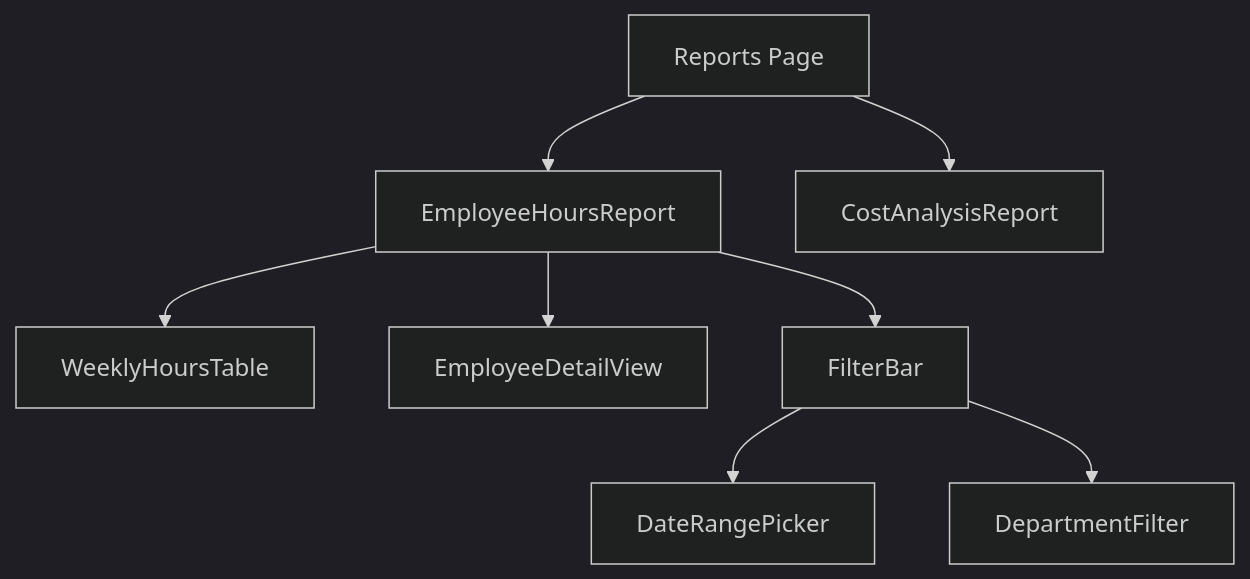
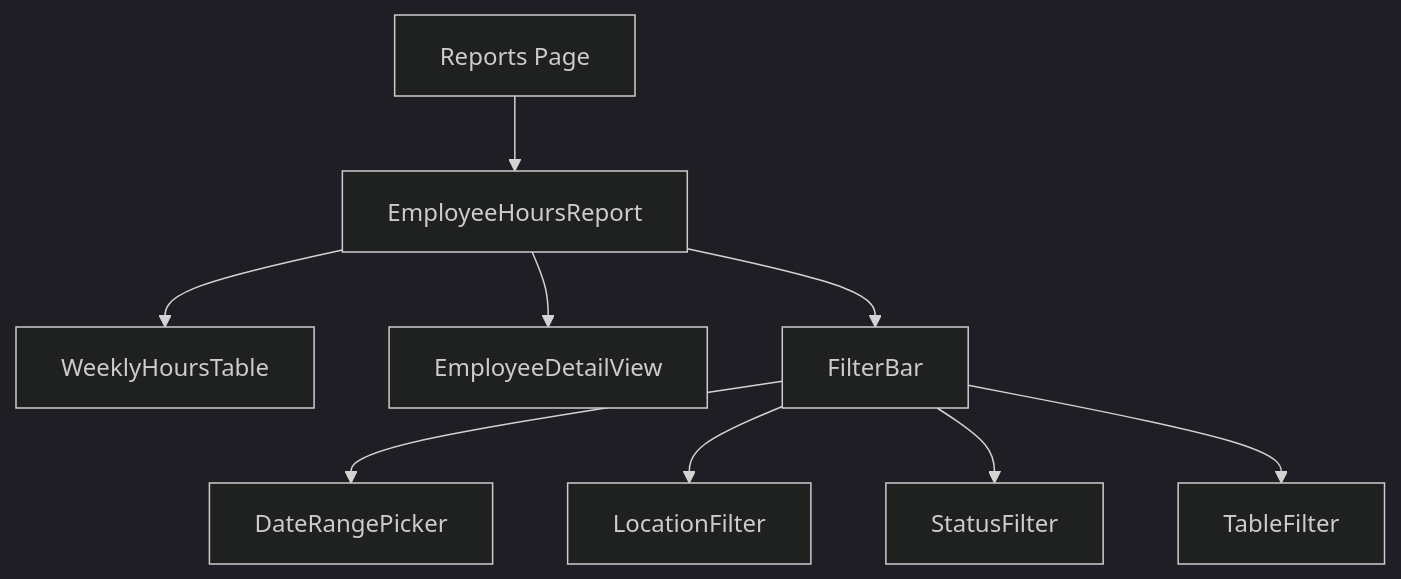
The diagram in docs/features/reports/reports-feature-technical.md (l2laihub/employee-time-tracking-app), drawn with Mermaid (dark theme) before and after one commit. The commit also changed other lines of this file and 18 other files, not shown here.

````diff
--- a/docs/features/reports/reports-feature-technical.md
+++ b/docs/features/reports/reports-feature-technical.md
@@ -77,10 +168,11 @@
 ```mermaid
 graph TD
     A[Reports Page] --> B[EmployeeHoursReport]
-    A --> C[CostAnalysisReport]
     B --> D[WeeklyHoursTable]
     B --> E[EmployeeDetailView]
     B --> F[FilterBar]
     F --> G[DateRangePicker]
-    F --> H[DepartmentFilter]
+    F --> H[LocationFilter]
+    F --> I[StatusFilter]
+    F --> J[TableFilter]
 ```
````
